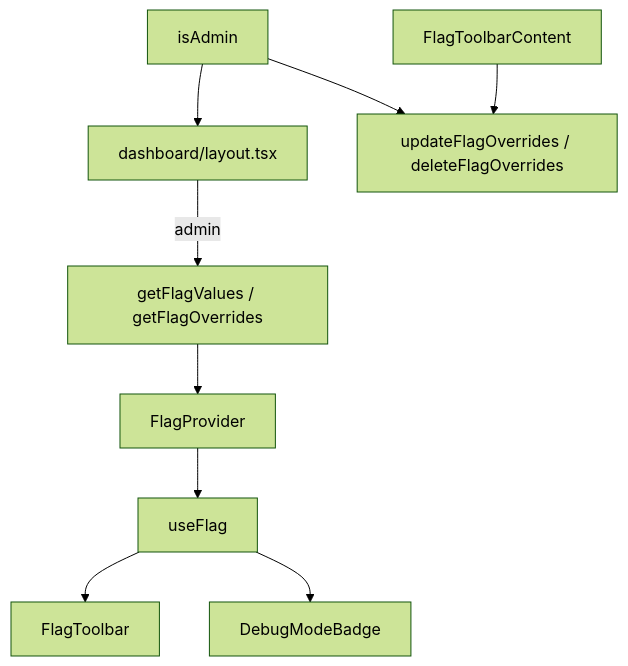
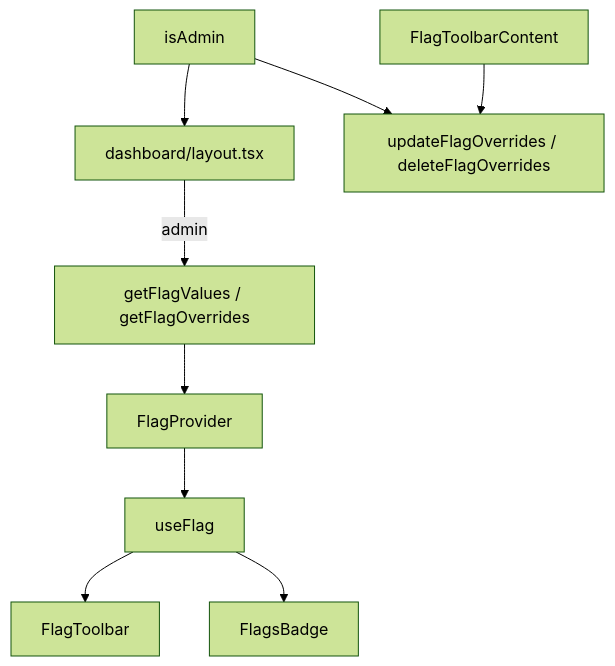
One commit to brandon-cercedo/root-next-template changed the diagram in docs/feature-flags.md. Above: the diagram before and after it, drawn with Mermaid (forest theme). The commit also changed other lines of this file and 15 other files, not shown here.

Commit message:
feat(RNT-56): gate user markdown behind flag and add FlagsBadge (#35)

````diff
--- a/docs/feature-flags.md
+++ b/docs/feature-flags.md
@@ -35,11 +37,11 @@
 ```mermaid
 flowchart TD
   Layout["dashboard/layout.tsx"] -->|admin| Fetch["getFlagValues / getFlagOverrides"]
   Fetch --> Provider["FlagProvider"]
   Provider --> Hook["useFlag"]
   Hook --> FlagToolbar["FlagToolbar"]
-  Hook --> UI["DebugModeBadge"]
+  Hook --> UI["FlagsBadge"]
   Toolbar["FlagToolbarContent"] --> Actions["updateFlagOverrides / deleteFlagOverrides"]
   Gate["isAdmin"] --> Layout
   Gate --> Actions
 ```
````
